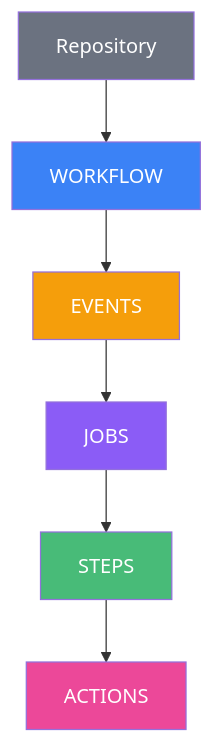
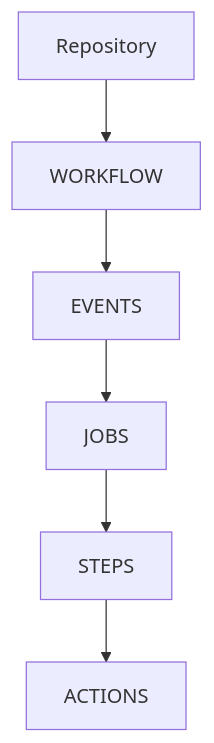
The third of 3 diagrams in slides/05-cicd-github-actions.md (Foreach-Academy-France/formation-devops-initiation), drawn with Mermaid before and after one commit. The commit also changed other lines of this file, not shown here.

First line of the commit message:
🐛 fix(slides): remove style commands from Mermaid flowcharts

````diff
--- a/slides/05-cicd-github-actions.md
+++ b/slides/05-cicd-github-actions.md
@@ -277,15 +266,8 @@
 ```mermaid
 flowchart TD
     A[Repository] --> B[WORKFLOW]
     B --> C[EVENTS]
     C --> D[JOBS]
     D --> E[STEPS]
     E --> F[ACTIONS]
-
-    style A fill:#6b7280,color:#fff
-    style B fill:#3b82f6,color:#fff
-    style C fill:#f59e0b,color:#fff
-    style D fill:#8b5cf6,color:#fff
-    style E fill:#48bb78,color:#fff
-    style F fill:#ec4899,color:#fff
 ```
````
